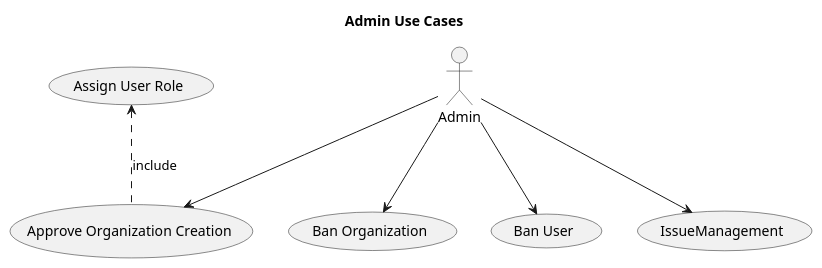
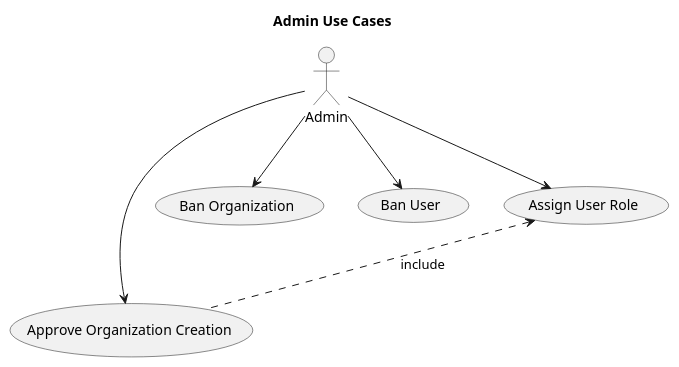
Before and after one commit to mihailov-vf/siscourb: the diagram in docs/UML/Admin/admin_uc.puml, drawn with PlantUML. The commit also changed 37 other files, not shown here.

```diff
--- a/docs/UML/Admin/admin_uc.puml
+++ b/docs/UML/Admin/admin_uc.puml
@@ -1,14 +1,15 @@
 @startuml
 
 title Admin Use Cases
 
 :Admin:
 
-Admin --> (IssueManagement)
 Admin --> (Approve Organization Creation)
 Admin --> (Ban Organization)
 Admin --> (Ban User)
 
 (Assign User Role) <.. (Approve Organization Creation) :include
 
+Admin --> (Assign User Role)
+
 @enduml
```
